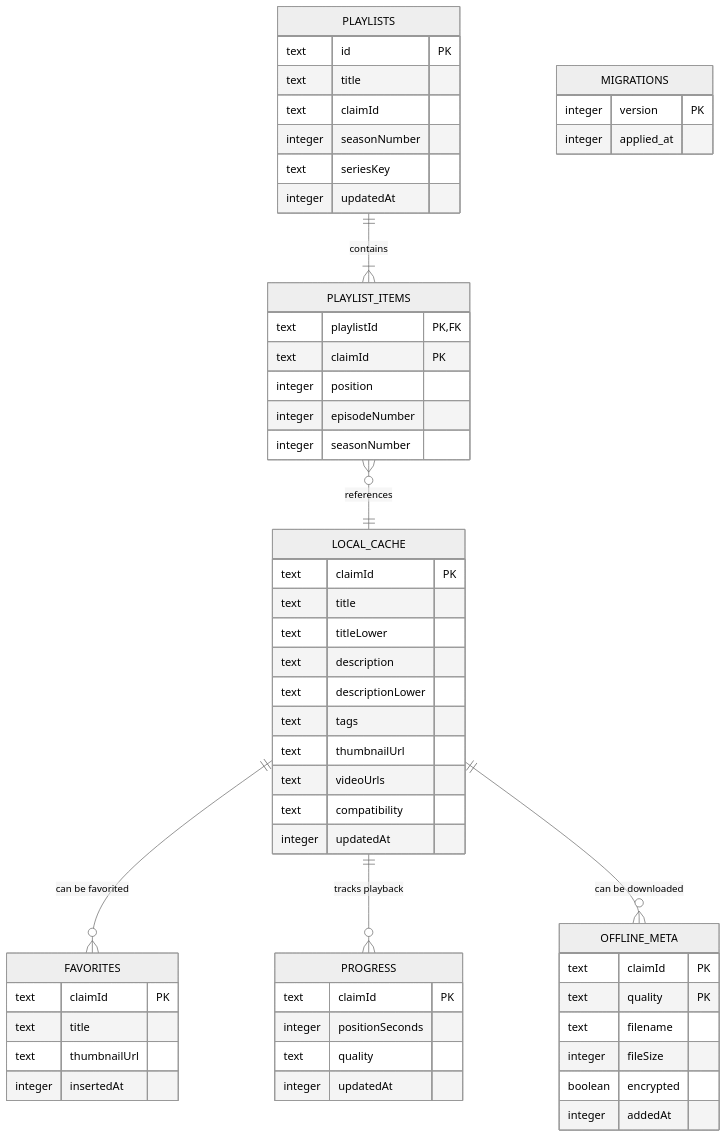
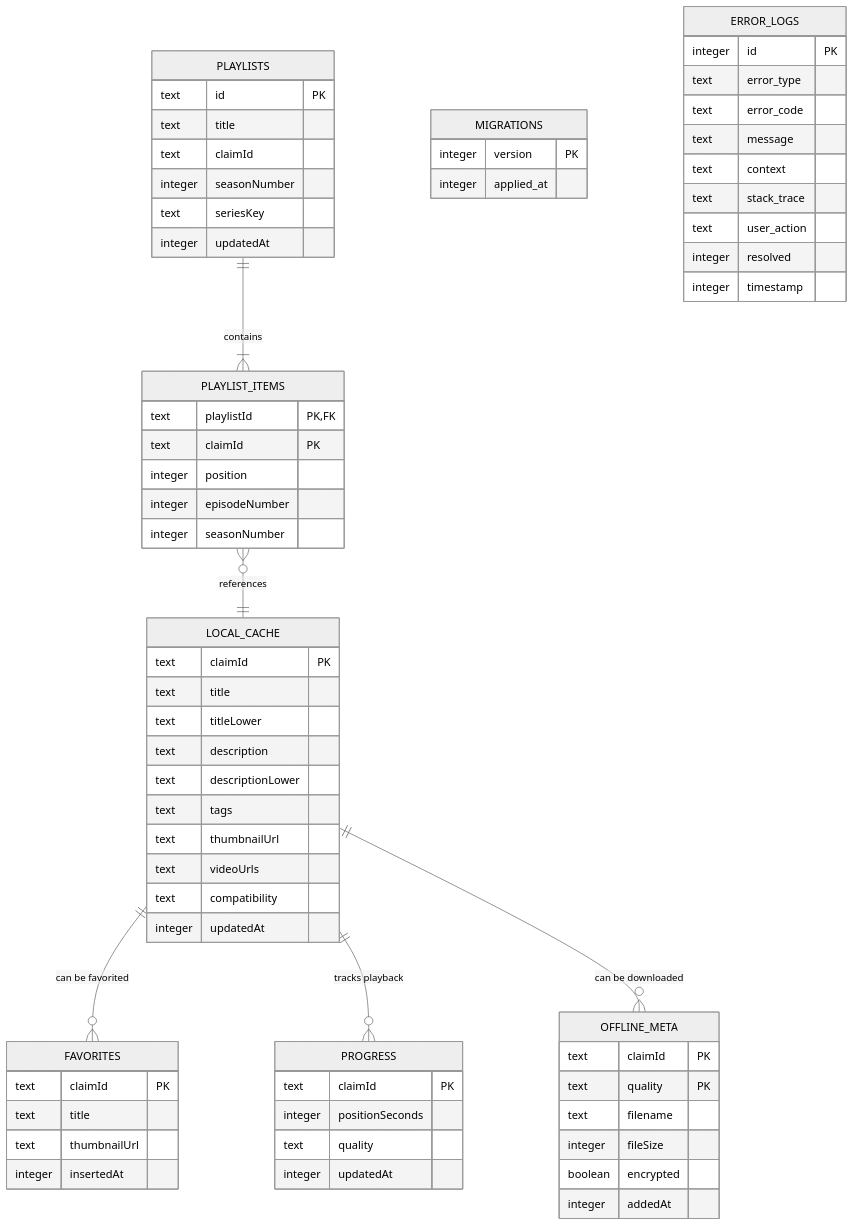
One commit to qanani23/k changed the tenth of 18 diagrams in ARCHITECTURE.md. Above: the diagram before and after it, drawn with Mermaid (neutral theme). The commit also changed other lines of this file and 283 other files, not shown here.

````diff
--- a/ARCHITECTURE.md
+++ b/ARCHITECTURE.md
@@ -373,66 +787,78 @@
 ```mermaid
 erDiagram
     LOCAL_CACHE ||--o{ FAVORITES : "can be favorited"
     LOCAL_CACHE ||--o{ PROGRESS : "tracks playback"
     LOCAL_CACHE ||--o{ OFFLINE_META : "can be downloaded"
     PLAYLISTS ||--|{ PLAYLIST_ITEMS : contains
     PLAYLIST_ITEMS }o--|| LOCAL_CACHE : references
     
     LOCAL_CACHE {
         text claimId PK
         text title
         text titleLower
         text description
         text descriptionLower
         text tags
         text thumbnailUrl
         text videoUrls
         text compatibility
         integer updatedAt
     }
     
     FAVORITES {
         text claimId PK
         text title
         text thumbnailUrl
         integer insertedAt
     }
     
     PROGRESS {
         text claimId PK
         integer positionSeconds
         text quality
         integer updatedAt
     }
     
     OFFLINE_META {
         text claimId PK
         text quality PK
         text filename
         integer fileSize
         boolean encrypted
         integer addedAt
     }
     
     PLAYLISTS {
         text id PK
         text title
         text claimId
         integer seasonNumber
         text seriesKey
         integer updatedAt
     }
     
     PLAYLIST_ITEMS {
         text playlistId PK,FK
         text claimId PK
         integer position
         integer episodeNumber
         integer seasonNumber
     }
     
     MIGRATIONS {
         integer version PK
         integer applied_at
     }
+    
+    ERROR_LOGS {
+        integer id PK
+        text error_type
+        text error_code
+        text message
+        text context
+        text stack_trace
+        text user_action
+        integer resolved
+        integer timestamp
+    }
 ```
````
